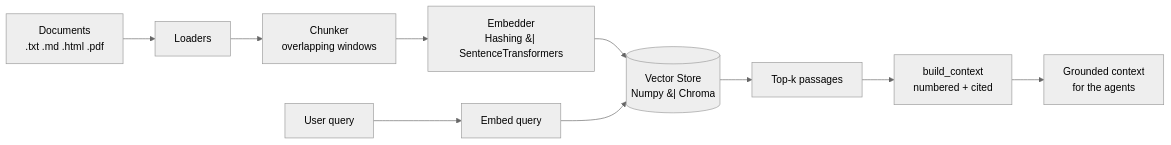
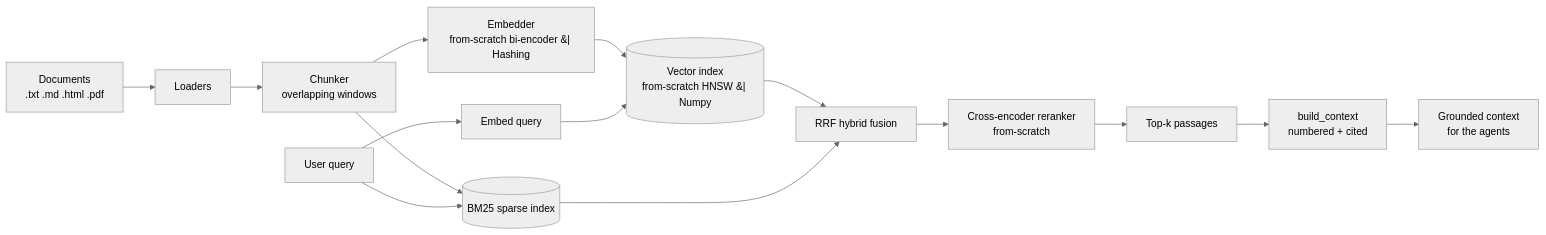
One commit to OCT0PUSPR/orchestra-rag changed the first of 2 diagrams in README.md. Above: the diagram before and after it, drawn with Mermaid (neutral theme). The commit also changed other lines of this file and 77 other files, not shown here.

First line of the commit message:
feat: from-scratch retrieval ML (bi-encoder + reranker + HNSW) + hardening

````diff
--- a/README.md
+++ b/README.md
@@ -59,12 +63,17 @@
 ```mermaid
 flowchart LR
     A[Documents<br/>.txt .md .html .pdf] --> B[Loaders]
     B --> C[Chunker<br/>overlapping windows]
-    C --> D[Embedder<br/>Hashing &#124; SentenceTransformers]
-    D --> E[(Vector Store<br/>Numpy &#124; Chroma)]
+    C --> D[Embedder<br/>from-scratch bi-encoder &#124; Hashing]
+    D --> E[(Vector index<br/>from-scratch HNSW &#124; Numpy)]
+    C --> S[(BM25 sparse index)]
     Q[User query] --> D2[Embed query]
     D2 --> E
-    E --> F[Top-k passages]
+    Q --> S
+    E --> RRF[RRF hybrid fusion]
+    S --> RRF
+    RRF --> RR[Cross-encoder reranker<br/>from-scratch]
+    RR --> F[Top-k passages]
     F --> G[build_context<br/>numbered + cited]
     G --> H[Grounded context<br/>for the agents]
 ```
````
